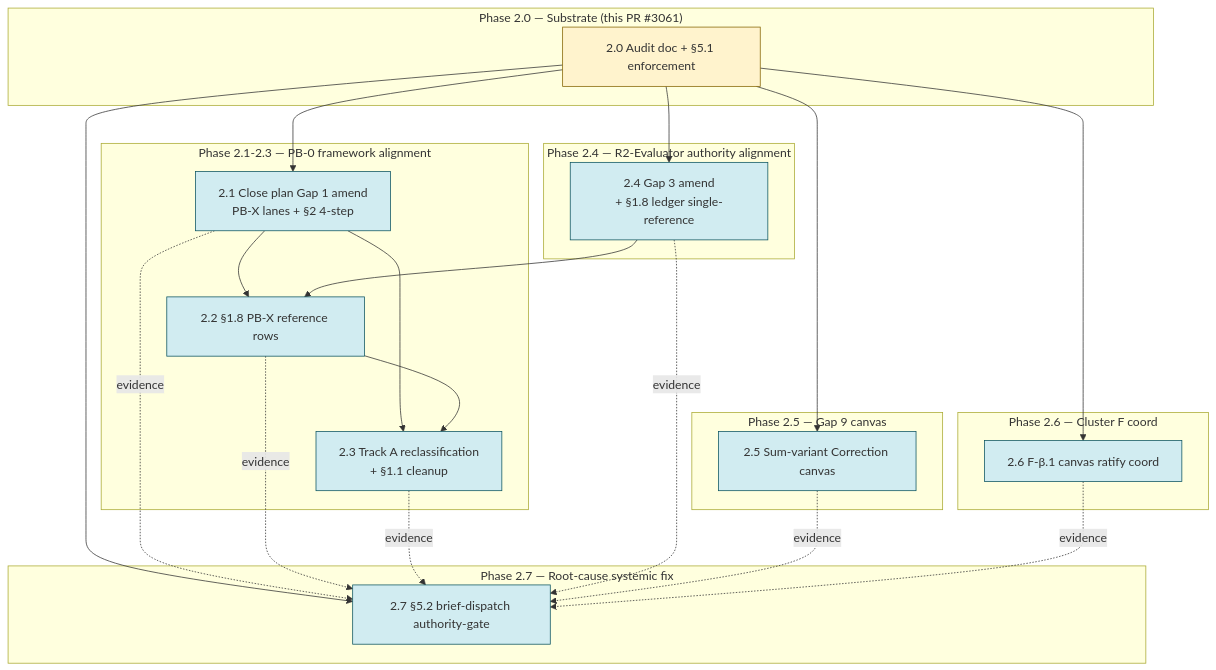
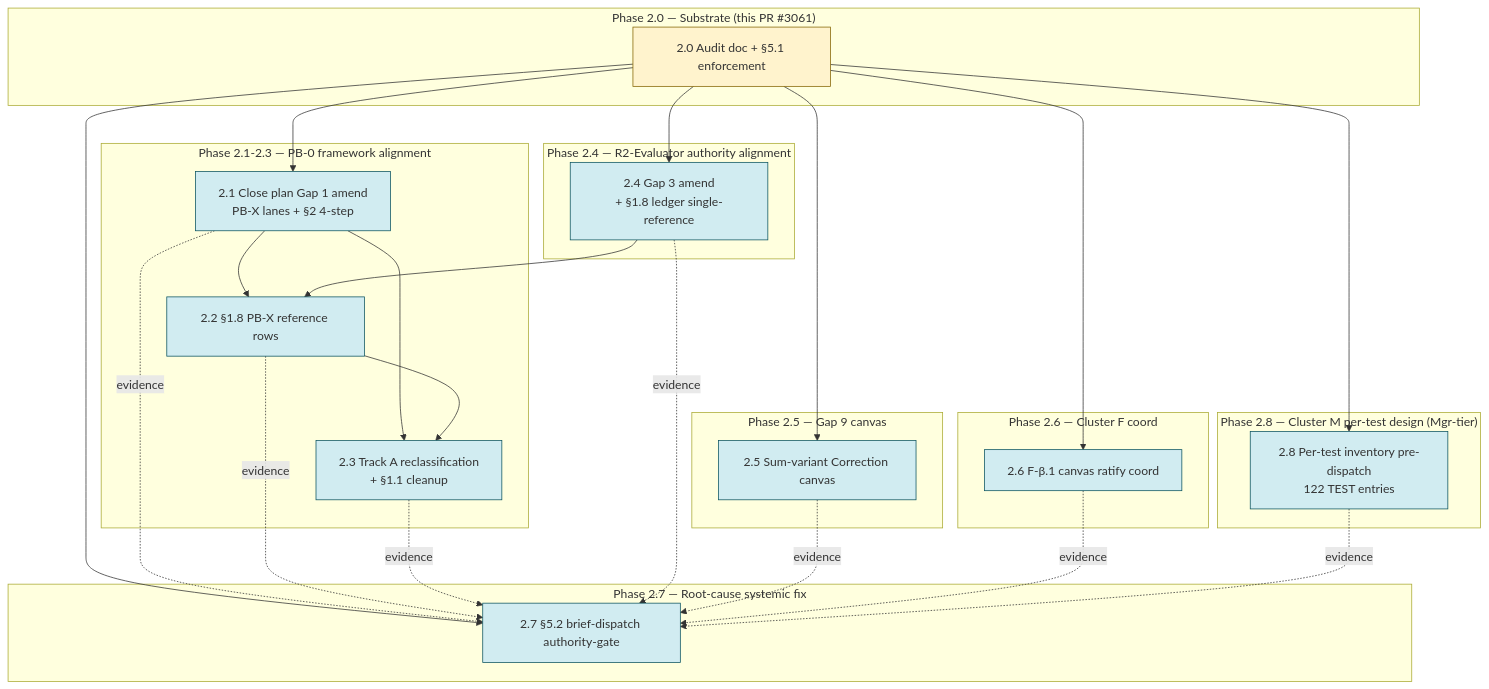
The diagram in docs/audit/r3-phase2-corrective-sweep-dispatch-plan-2026-05-14.md (gunb-ai/gunbc), drawn with Mermaid before and after one commit. The commit also changed other lines of this file, not shown here.

First line of the commit message:
docs(r3-audit): add Phase 2.8 (Cluster M per-test design enumeration) per operator gap-audit ratification 2026-05-14

````diff
--- a/docs/audit/r3-phase2-corrective-sweep-dispatch-plan-2026-05-14.md
+++ b/docs/audit/r3-phase2-corrective-sweep-dispatch-plan-2026-05-14.md
@@ -39,55 +40,61 @@
 ```mermaid
 graph TD
   subgraph "Phase 2.0 — Substrate (this PR #3061)"
     P20[2.0 Audit doc + §5.1 enforcement]
   end
 
   subgraph "Phase 2.1-2.3 — PB-0 framework alignment"
     P21[2.1 Close plan Gap 1 amend<br/>PB-X lanes + §2 4-step]
     P22[2.2 §1.8 PB-X reference rows]
     P23[2.3 Track A reclassification<br/>+ §1.1 cleanup]
   end
 
   subgraph "Phase 2.4 — R2-Evaluator authority alignment"
     P24[2.4 Gap 3 amend<br/>+ §1.8 ledger single-reference]
   end
 
   subgraph "Phase 2.5 — Gap 9 canvas"
     P25[2.5 Sum-variant Correction canvas]
   end
 
   subgraph "Phase 2.6 — Cluster F coord"
     P26[2.6 F-β.1 canvas ratify coord]
   end
 
+  subgraph "Phase 2.8 — Cluster M per-test design (Mgr-tier)"
+    P28[2.8 Per-test inventory pre-dispatch<br/>122 TEST entries]
+  end
+
   subgraph "Phase 2.7 — Root-cause systemic fix"
     P27[2.7 §5.2 brief-dispatch authority-gate]
   end
 
   %% Direct dependencies
   P20 --> P21
   P20 --> P24
   P20 --> P25
   P20 --> P26
   P20 --> P27
+  P20 --> P28
 
   %% Internal Phase chain
   P21 --> P22
   P21 --> P23
   P22 --> P23
   P24 --> P22
 
-  %% 2.7 depends on evidence base from 2.1-2.6
+  %% 2.7 depends on evidence base from 2.1-2.6 + 2.8
   P21 -.evidence.-> P27
   P22 -.evidence.-> P27
   P23 -.evidence.-> P27
   P24 -.evidence.-> P27
   P25 -.evidence.-> P27
   P26 -.evidence.-> P27
+  P28 -.evidence.-> P27
 
   %% Status coloring
   classDef active fill:#fff3cd,stroke:#856404
   classDef queued fill:#d1ecf1,stroke:#0c5460
   class P20 active
-  class P21,P22,P23,P24,P25,P26,P27 queued
+  class P21,P22,P23,P24,P25,P26,P27,P28 queued
 ```
````
